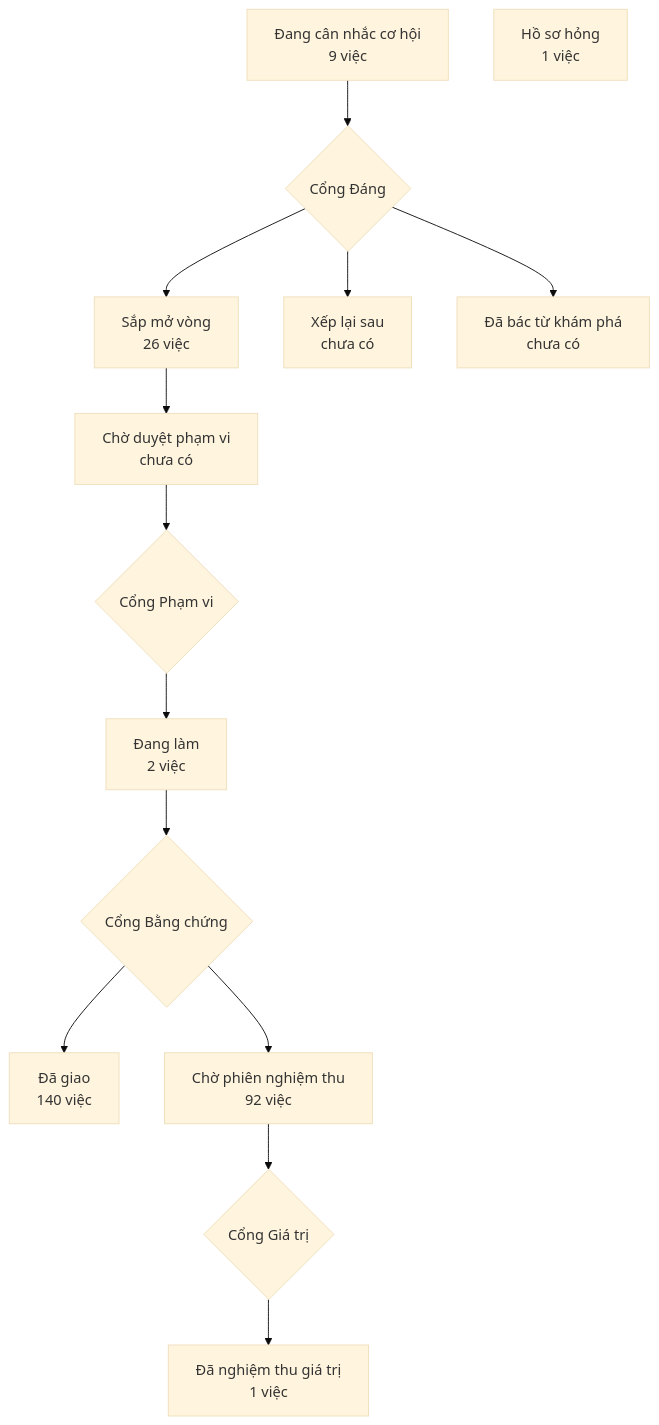
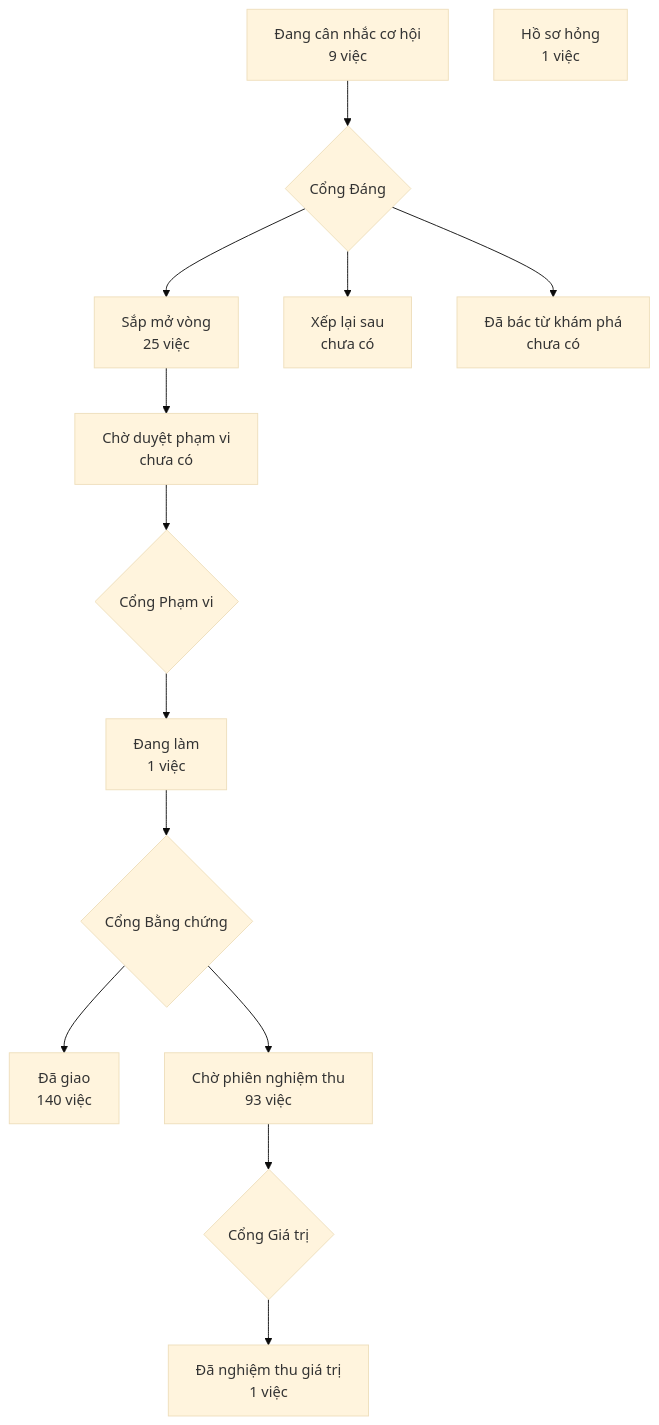
One commit to phanlemanh/crm-onehub changed the diagram in PRODUCT-MAP.md. Above: the diagram before and after it, drawn with Mermaid (base theme). The commit also changed 1 other file, not shown here.

Commit message:
chore: vẽ lại bản đồ sản phẩm trên bản sạch sau chữ ký Cổng Bằng chứng của kara-mot-ten

````diff
--- a/PRODUCT-MAP.md
+++ b/PRODUCT-MAP.md
@@ -7,13 +7,13 @@
 ```mermaid
 flowchart TD
   A["Đang cân nhắc cơ hội<br/>9 việc"] --> GD{"Cổng Đáng"}
-  GD --> B["Sắp mở vòng<br/>26 việc"]
+  GD --> B["Sắp mở vòng<br/>25 việc"]
   GD --> XL["Xếp lại sau<br/>chưa có"]
   GD --> DB["Đã bác từ khám phá<br/>chưa có"]
   B --> CD["Chờ duyệt phạm vi<br/>chưa có"] --> GP{"Cổng Phạm vi"}
-  GP --> DL["Đang làm<br/>2 việc"] --> GB{"Cổng Bằng chứng"}
+  GP --> DL["Đang làm<br/>1 việc"] --> GB{"Cổng Bằng chứng"}
   GB --> DG["Đã giao<br/>140 việc"]
-  GB --> CN["Chờ phiên nghiệm thu<br/>92 việc"] --> GG{"Cổng Giá trị"}
+  GB --> CN["Chờ phiên nghiệm thu<br/>93 việc"] --> GG{"Cổng Giá trị"}
   GG --> NT["Đã nghiệm thu giá trị<br/>1 việc"]
   HS["Hồ sơ hỏng<br/>1 việc"]
 ```
````
